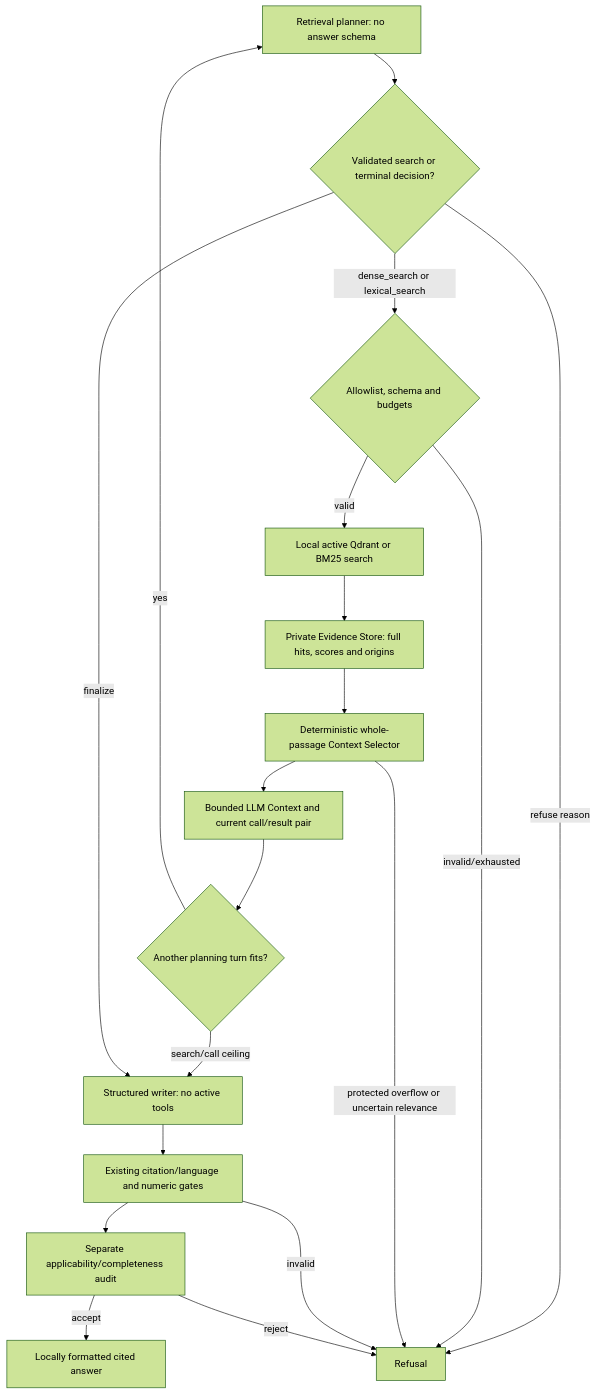
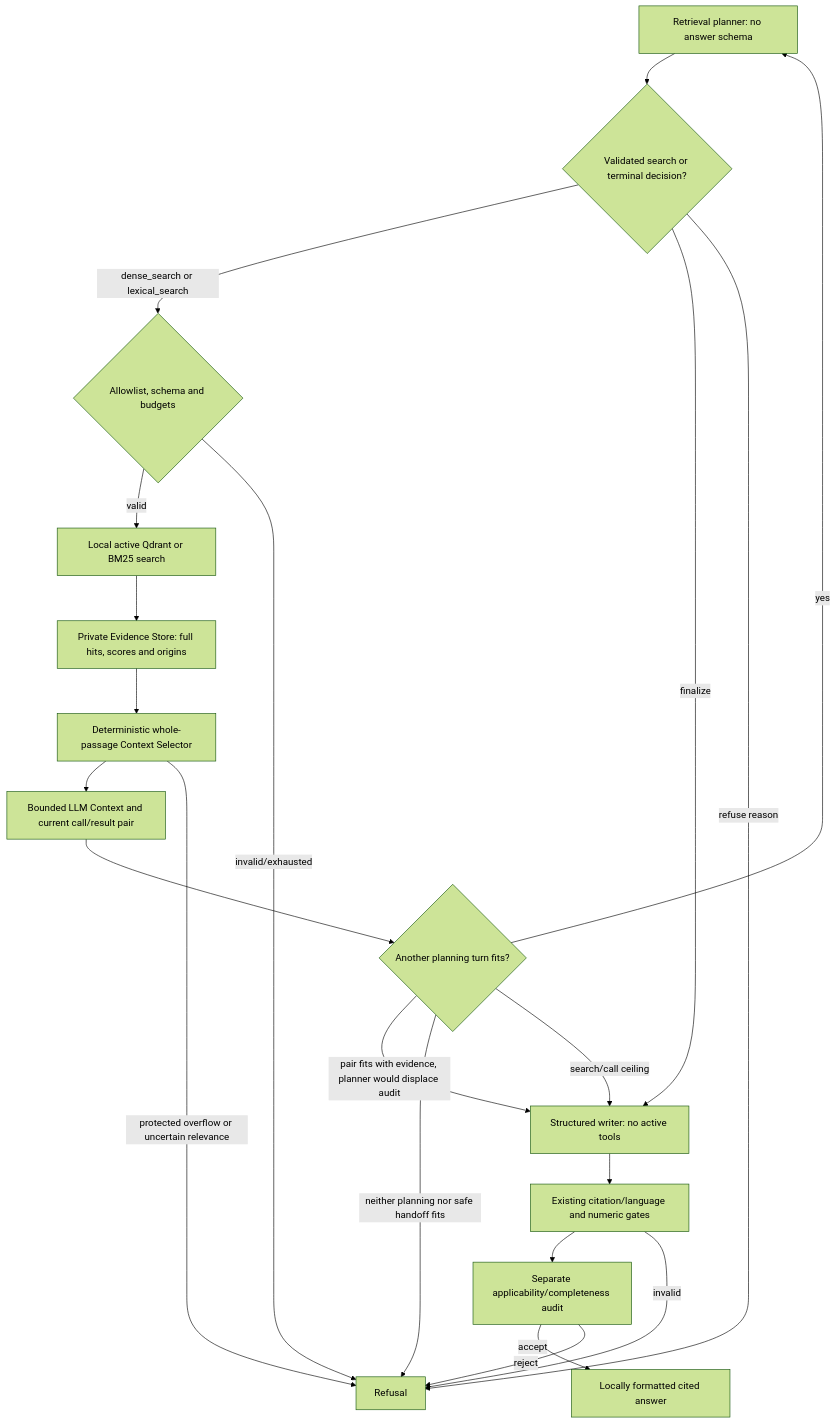
Before and after one commit to cryptoadya/garage-rag: the second of 2 diagrams in docs/architecture.md, drawn with Mermaid (forest theme). The commit also changed other lines of this file and 16 other files, not shown here.

````diff
--- a/docs/architecture.md
+++ b/docs/architecture.md
@@ -105,21 +105,23 @@
 ```mermaid
 flowchart TD
     M[Retrieval planner: no answer schema] --> C{Validated search or terminal decision?}
     C -- dense_search or lexical_search --> G{Allowlist, schema and budgets}
     G -- valid --> L[Local active Qdrant or BM25 search]
     L --> E[Private Evidence Store: full hits, scores and origins]
     E --> S[Deterministic whole-passage Context Selector]
     S --> X[Bounded LLM Context and current call/result pair]
     X --> B{Another planning turn fits?}
     B -- yes --> M
+    B -- pair fits with evidence, planner would displace audit --> D
+    B -- neither planning nor safe handoff fits --> F
     B -- search/call ceiling --> D[Structured writer: no active tools]
     C -- finalize --> D
     C -- refuse reason --> F[Refusal]
     D --> V[Existing citation/language and numeric gates]
     V --> A[Separate applicability/completeness audit]
     A -- accept --> O[Locally formatted cited answer]
     G -- invalid/exhausted --> F
     S -- protected overflow or uncertain relevance --> F
     V -- invalid --> F
     A -- reject --> F
 ```
````
